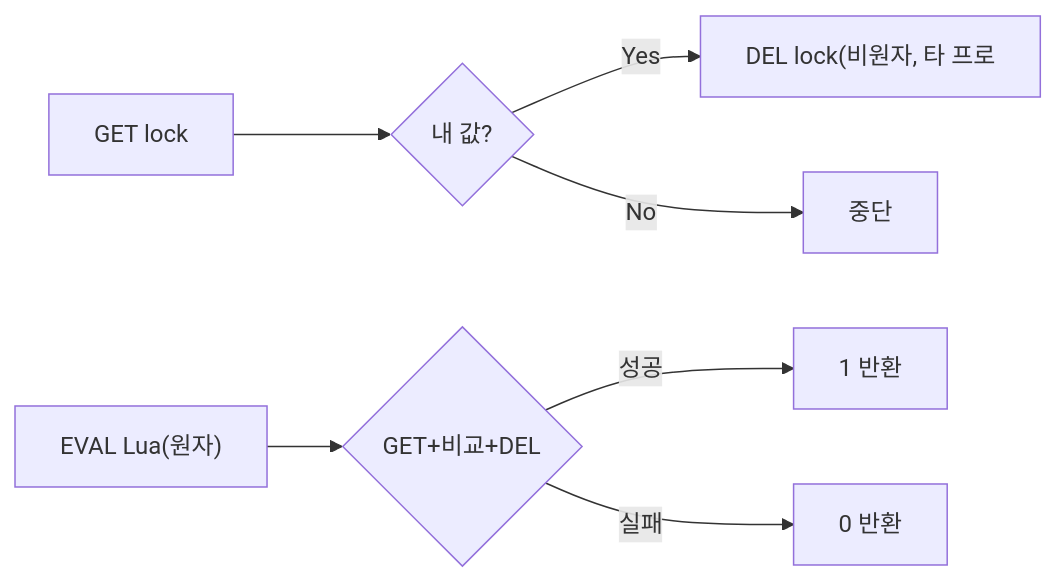
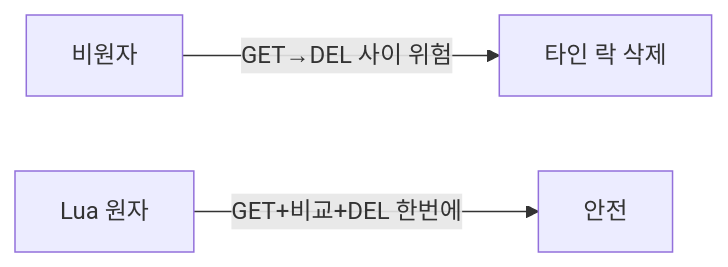
One commit to yjkim2015/yjkim2015.github.io changed the third of 15 diagrams in _posts/redis/2026-05-01-redis-distributed-lock.md. Above: the diagram before and after it, drawn with Mermaid. The commit also changed other lines of this file, not shown here.

First line of the commit message:
Redis 분산락: Mermaid 15개 블록 전부 축소 (3~4노드)

````diff
--- a/_posts/redis/2026-05-01-redis-distributed-lock.md
+++ b/_posts/redis/2026-05-01-redis-distributed-lock.md
@@ -114,9 +111,5 @@
 ```mermaid
-flowchart LR
-    A1["GET lock"] --> A2{"내 값?"}
-    A2 -->|Yes| A3["DEL lock(비원자, 타 프로"]
-    A2 -->|No| A4["중단"]
-    B1["EVAL Lua(원자)"] --> B2{"GET+비교+DEL"}
-    B2 -->|성공| B3["1 반환"]
-    B2 -->|실패| B4["0 반환"]
+graph LR
+    A["비원자"] -->|"GET→DEL 사이 위험"| X["타인 락 삭제"]
+    B["Lua 원자"] -->|"GET+비교+DEL 한번에"| O["안전"]
 ```
````
